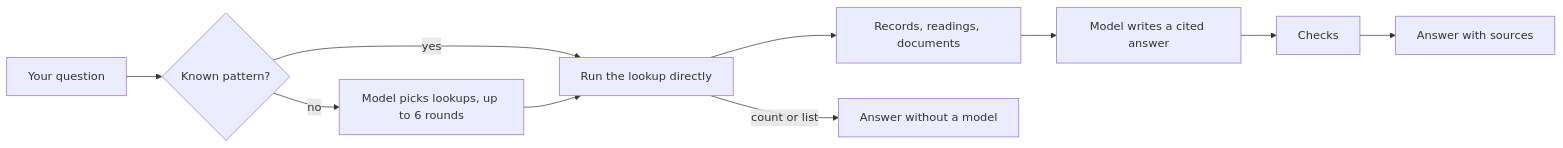
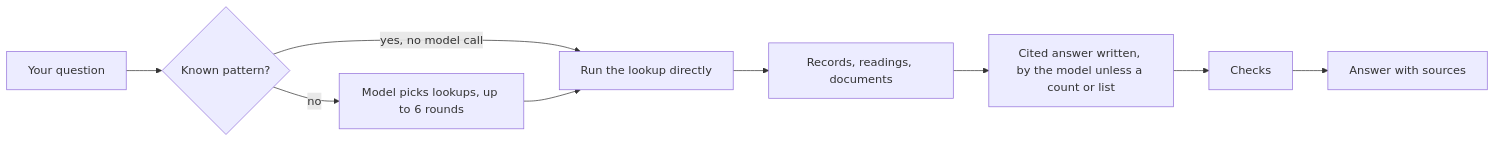
The diagram in docs/knowledge/ask-nimble-answers.mdx (nimbit-platform/nimbit-docs), drawn with Mermaid before and after one commit. The commit also changed 89 other files, not shown here.

````diff
--- a/docs/knowledge/ask-nimble-answers.mdx
+++ b/docs/knowledge/ask-nimble-answers.mdx
@@ -12,12 +12,11 @@
 ```mermaid
 flowchart LR
   Q[Your question] --> P{Known pattern?}
-  P -->|yes| T[Run the lookup directly]
+  P -->|yes, no model call| T[Run the lookup directly]
   P -->|no| L[Model picks lookups, up to 6 rounds]
   L --> T
   T --> R[Records, readings, documents]
-  R --> W[Model writes a cited answer]
-  T -->|count or list| O[Answer without a model]
+  R --> W[Cited answer written, by the model unless a count or list]
   W --> C[Checks]
   C --> A[Answer with sources]
 ```
````
